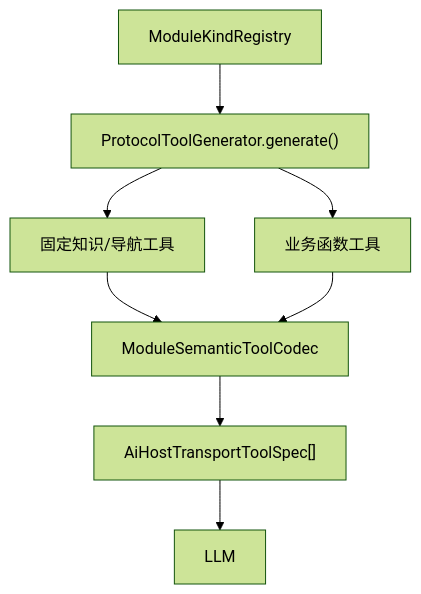
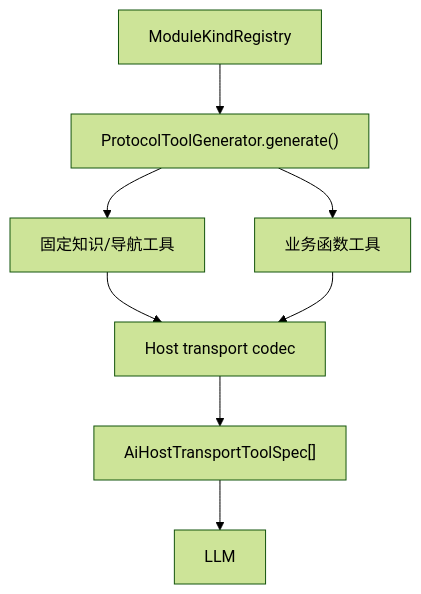
The seventh of 16 diagrams in docs/ai/spark-ai-complete-guide.md (LMSpark/spark-view-vue), drawn with Mermaid (forest theme) before and after one commit. The commit also changed other lines of this file and 59 other files, not shown here.

````diff
--- a/docs/ai/spark-ai-complete-guide.md
+++ b/docs/ai/spark-ai-complete-guide.md
@@ -275,10 +275,10 @@
 ```mermaid
 flowchart TD
   KindRegistry["ModuleKindRegistry"] --> Generator["ProtocolToolGenerator.generate()"]
   Generator --> Fixed["固定知识/导航工具"]
   Generator --> Business["业务函数工具"]
-  Fixed --> Codec["ModuleSemanticToolCodec"]
+  Fixed --> Codec["Host transport codec"]
   Business --> Codec
   Codec --> TransportTools["AiHostTransportToolSpec[]"]
   TransportTools --> LLM["LLM"]
 ```
````
